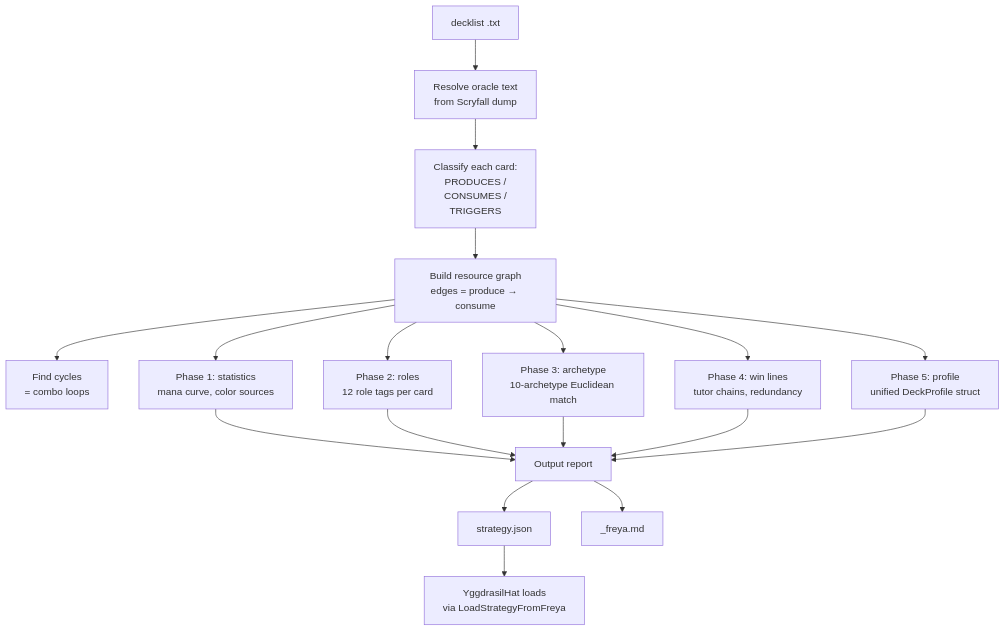
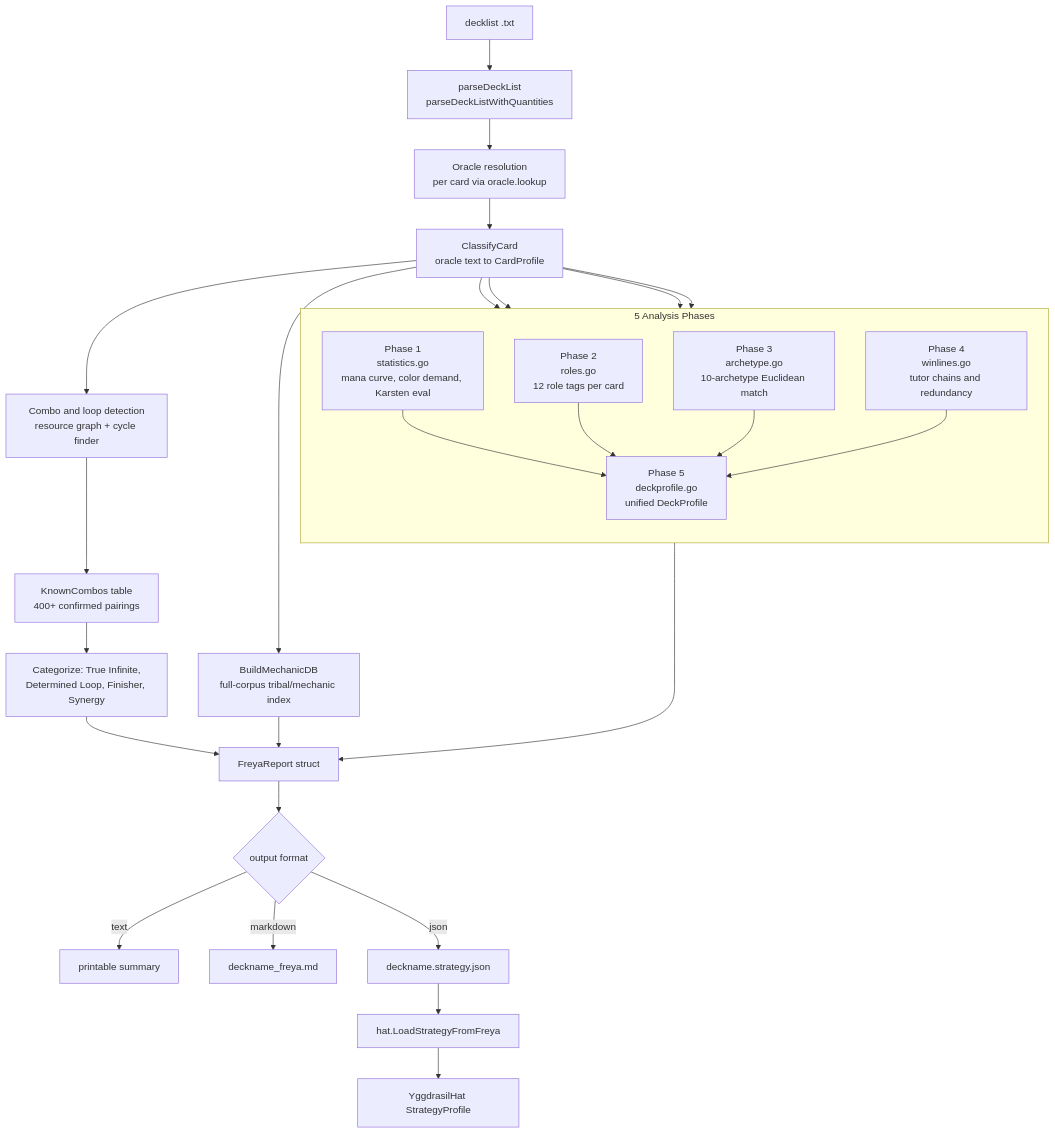
The first of 5 diagrams in docs/Freya Strategy Analyzer.md (HexDek/HexDek), drawn with Mermaid before and after one commit. The commit also changed other lines of this file and 17 other files, not shown here.

````diff
--- a/docs/Freya Strategy Analyzer.md
+++ b/docs/Freya Strategy Analyzer.md
@@ -11,20 +45,40 @@
 ```mermaid
 flowchart TD
-    Deck[decklist .txt] --> Oracle[Resolve oracle text<br/>from Scryfall dump]
-    Oracle --> Classify[Classify each card:<br/>PRODUCES /<br/>CONSUMES /<br/>TRIGGERS]
-    Classify --> Graph[Build resource graph<br/>edges = produce → consume]
-    Graph --> Cycles[Find cycles<br/>= combo loops]
-    Graph --> P1[Phase 1: statistics<br/>mana curve, color sources]
-    Graph --> P2[Phase 2: roles<br/>12 role tags per card]
-    Graph --> P3[Phase 3: archetype<br/>10-archetype Euclidean match]
-    Graph --> P4[Phase 4: win lines<br/>tutor chains, redundancy]
-    Graph --> P5[Phase 5: profile<br/>unified DeckProfile struct]
-    P1 --> Out[Output report]
-    P2 --> Out
-    P3 --> Out
-    P4 --> Out
-    P5 --> Out
-    Out --> JSON[strategy.json]
-    Out --> MD[_freya.md]
-    JSON --> Hat[YggdrasilHat loads<br/>via LoadStrategyFromFreya]
+    Deck[decklist .txt] --> Parse[parseDeckList<br/>parseDeckListWithQuantities]
+    Parse --> Resolve[Oracle resolution<br/>per card via oracle.lookup]
+    Resolve --> Classify[ClassifyCard<br/>oracle text to CardProfile]
+    Classify --> MechDB[BuildMechanicDB<br/>full-corpus tribal/mechanic index]
+
+    subgraph PhaseFan [5 Analysis Phases]
+        direction TB
+        P1[Phase 1<br/>statistics.go<br/>mana curve, color demand, Karsten eval]
+        P2[Phase 2<br/>roles.go<br/>12 role tags per card]
+        P3[Phase 3<br/>archetype.go<br/>10-archetype Euclidean match]
+        P4[Phase 4<br/>winlines.go<br/>tutor chains and redundancy]
+        P5[Phase 5<br/>deckprofile.go<br/>unified DeckProfile]
+    end
+
+    Classify --> P1
+    Classify --> P2
+    Classify --> P3
+    Classify --> P4
+    P1 --> P5
+    P2 --> P5
+    P3 --> P5
+    P4 --> P5
+
+    Classify --> Combos[Combo and loop detection<br/>resource graph + cycle finder]
+    Combos --> KC[KnownCombos table<br/>400+ confirmed pairings]
+    KC --> Categorize[Categorize: True Infinite,<br/>Determined Loop, Finisher, Synergy]
+
+    P5 --> Report[FreyaReport struct]
+    Categorize --> Report
+    MechDB --> Report
+    Report --> Format{output format}
+    Format -- text --> Stdout[printable summary]
+    Format -- markdown --> MD[deckname_freya.md]
+    Format -- json --> SJ[deckname.strategy.json]
+
+    SJ --> HatLoad[hat.LoadStrategyFromFreya]
+    HatLoad --> Yggdrasil[YggdrasilHat StrategyProfile]
 ```
````
